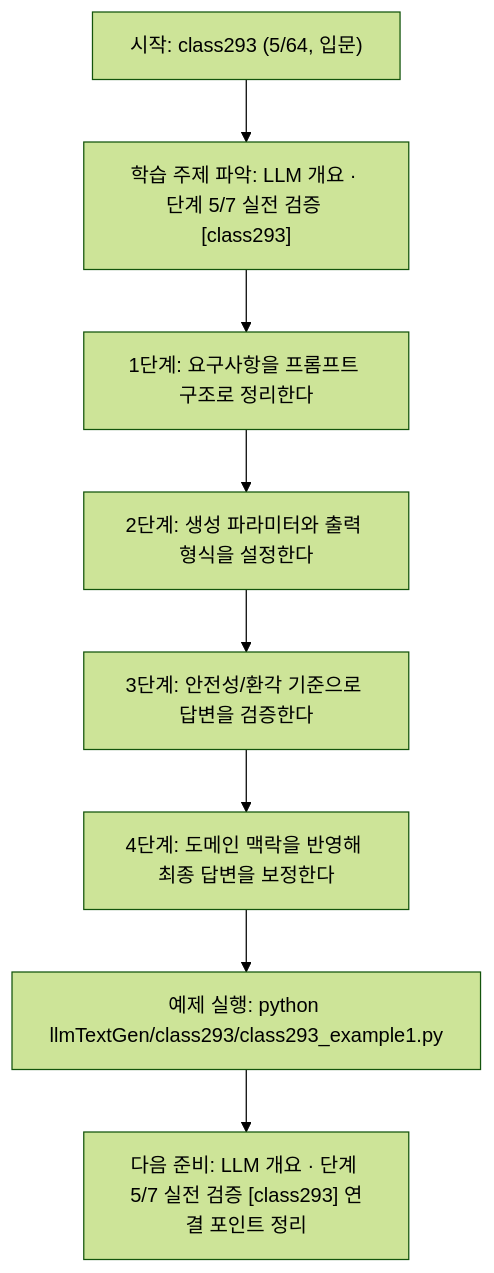
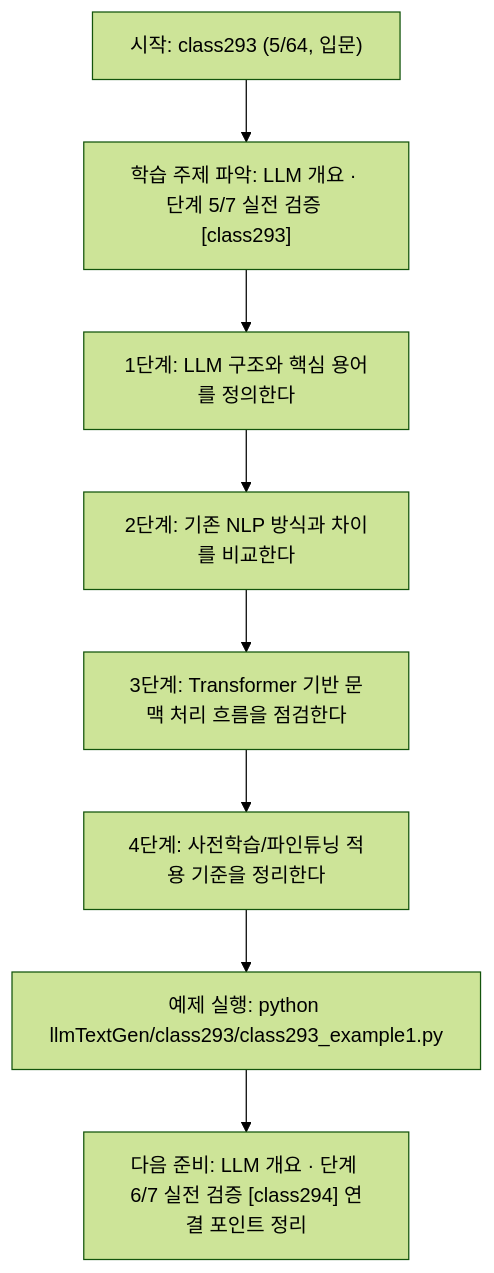
The diagram in llmTextGen/class293/class293.md (edumgt/Python-AI_Agent-Class), drawn with Mermaid (forest theme) before and after one commit. The commit also changed other lines of this file and 451 other files, not shown here.

````diff
--- a/llmTextGen/class293/class293.md
+++ b/llmTextGen/class293/class293.md
@@ -113,18 +95,18 @@
 ```mermaid
 flowchart TD
 N1["시작: class293 (5/64, 입문)"]
 N2["학습 주제 파악: LLM 개요 · 단계 5/7 실전 검증 [class293]"]
-N3["1단계: 요구사항을 프롬프트 구조로 정리한다"]
-N4["2단계: 생성 파라미터와 출력 형식을 설정한다"]
-N5["3단계: 안전성/환각 기준으로 답변을 검증한다"]
-N6["4단계: 도메인 맥락을 반영해 최종 답변을 보정한다"]
+N3["1단계: LLM 구조와 핵심 용어를 정의한다"]
+N4["2단계: 기존 NLP 방식과 차이를 비교한다"]
+N5["3단계: Transformer 기반 문맥 처리 흐름을 점검한다"]
+N6["4단계: 사전학습/파인튜닝 적용 기준을 정리한다"]
 N7["예제 실행: python llmTextGen/class293/class293_example1.py"]
-N8["다음 준비: LLM 개요 · 단계 5/7 실전 검증 [class293] 연결 포인트 정리"]
+N8["다음 준비: LLM 개요 · 단계 6/7 실전 검증 [class294] 연결 포인트 정리"]
 N1 --> N2
 N2 --> N3
 N3 --> N4
 N4 --> N5
 N5 --> N6
 N6 --> N7
 N7 --> N8
 ```
````
